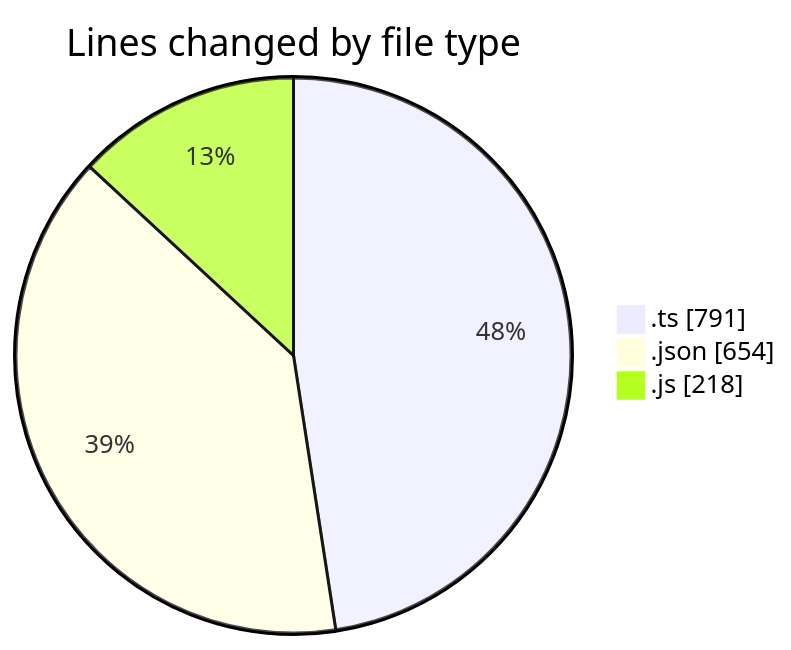
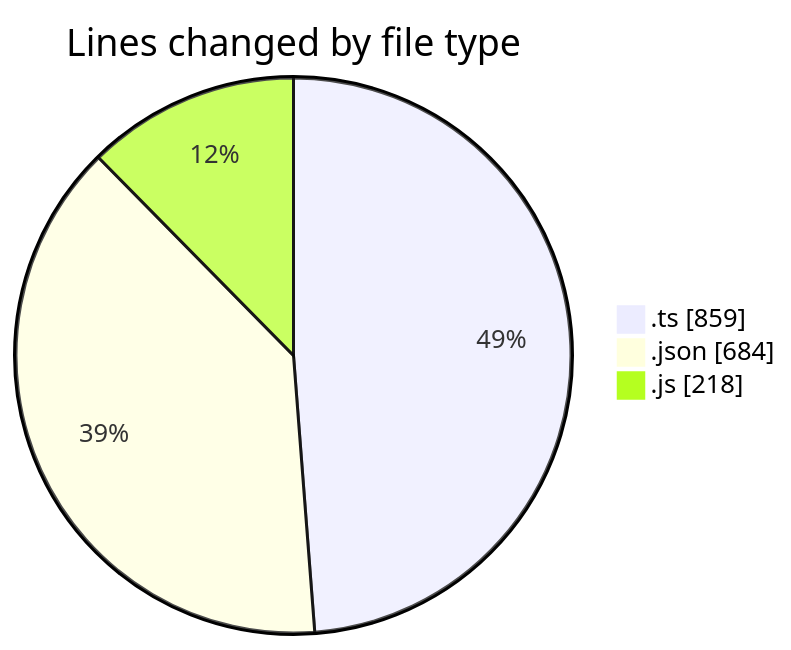
The first of 2 diagrams in 2025-08-26/mcp-web/README.md (EIIisD/code-tracking), drawn with Mermaid before and after one commit. The commit also changed other lines of this file and 1 other file, not shown here.

````diff
--- a/2025-08-26/mcp-web/README.md
+++ b/2025-08-26/mcp-web/README.md
@@ -26,7 +27,7 @@
 ```mermaid
 pie showData
 title Lines changed by file type
-".ts" : 791
-".json" : 654
+".ts" : 859
+".json" : 684
 ".js" : 218
 ```
````
